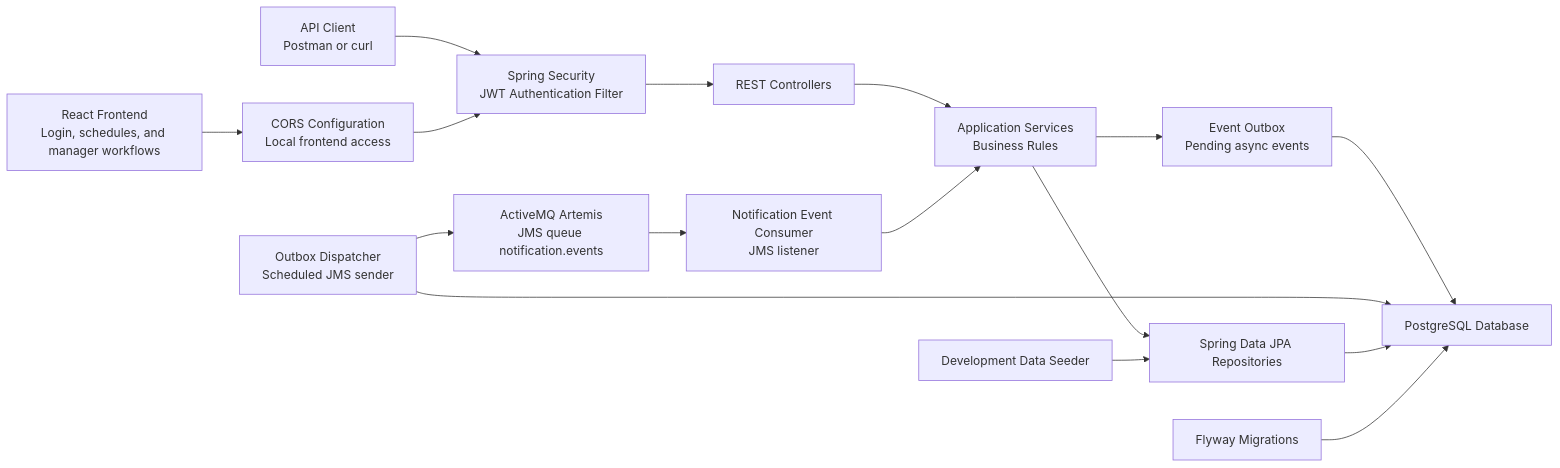
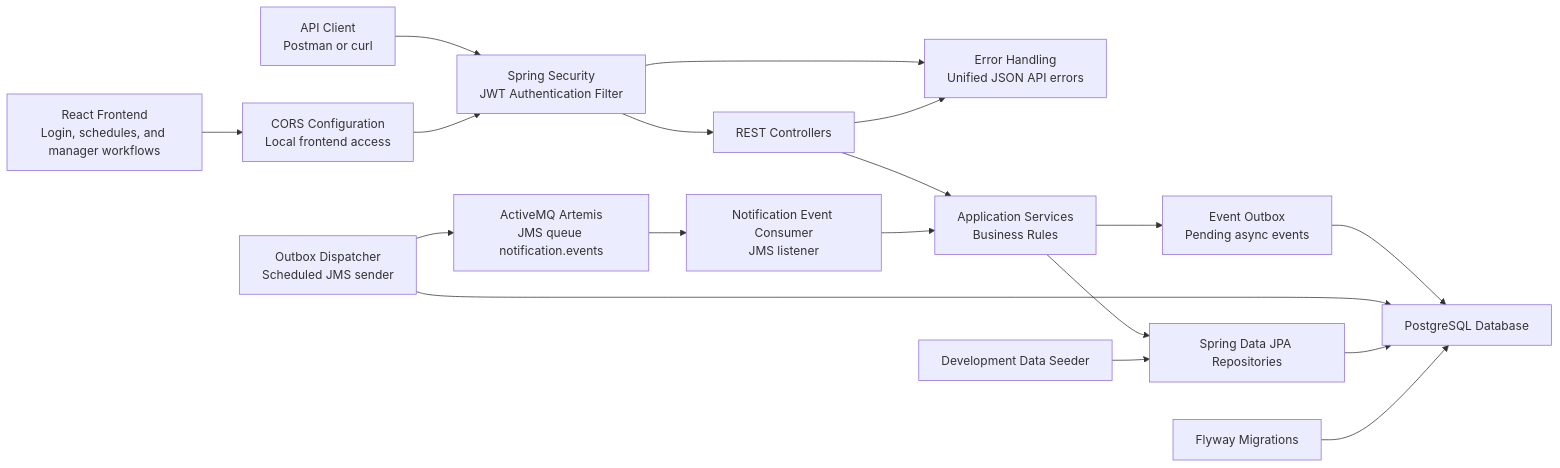
One commit to HiliMor/shift-management-system changed the first of 19 diagrams in docs/current-backend-architecture.md. Above: the diagram before and after it, drawn with Mermaid. The commit also changed other lines of this file and 9 other files, not shown here.

Commit message:
Backend: Add unified API error responses

````diff
--- a/docs/current-backend-architecture.md
+++ b/docs/current-backend-architecture.md
@@ -9,33 +9,36 @@
 ```mermaid
 flowchart LR
     react["React Frontend<br/>Login, schedules, and manager workflows"]
     apiClient["API Client<br/>Postman or curl"]
     security["Spring Security<br/>JWT Authentication Filter"]
     cors["CORS Configuration<br/>Local frontend access"]
     controllers["REST Controllers"]
+    errorHandling["Error Handling<br/>Unified JSON API errors"]
     services["Application Services<br/>Business Rules"]
     outbox["Event Outbox<br/>Pending async events"]
     dispatcher["Outbox Dispatcher<br/>Scheduled JMS sender"]
     jms["ActiveMQ Artemis<br/>JMS queue notification.events"]
     consumer["Notification Event Consumer<br/>JMS listener"]
     repositories["Spring Data JPA Repositories"]
     database["PostgreSQL Database"]
     flyway["Flyway Migrations"]
     seed["Development Data Seeder"]
 
     react --> cors
     apiClient --> security
     cors --> security
     security --> controllers
+    security --> errorHandling
     controllers --> services
+    controllers --> errorHandling
     services --> outbox
     services --> repositories
     outbox --> database
     dispatcher --> database
     dispatcher --> jms
     jms --> consumer
     consumer --> services
     repositories --> database
     flyway --> database
     seed --> repositories
 ```
````
